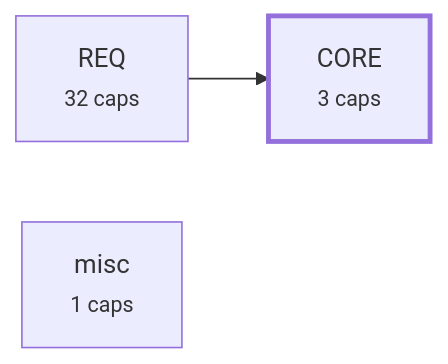
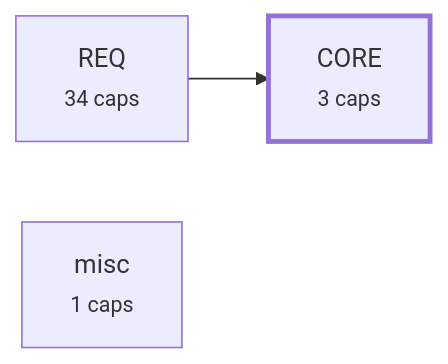
One commit to alxmax/Requirement-manager changed the third of 4 diagrams in plugin/requirements/_map.md. Above: the diagram before and after it, drawn with Mermaid. The commit also changed other lines of this file and 14 other files, not shown here.

````diff
--- a/plugin/requirements/_map.md
+++ b/plugin/requirements/_map.md
@@ -275,8 +281,8 @@
 ```mermaid
 graph LR
   a_CORE["CORE<br><small>3 caps</small>"]
-  a_REQ["REQ<br><small>32 caps</small>"]
+  a_REQ["REQ<br><small>34 caps</small>"]
   a_misc["misc<br><small>1 caps</small>"]
   a_REQ --> a_CORE
   style a_CORE stroke-width:3px
 ```
````
